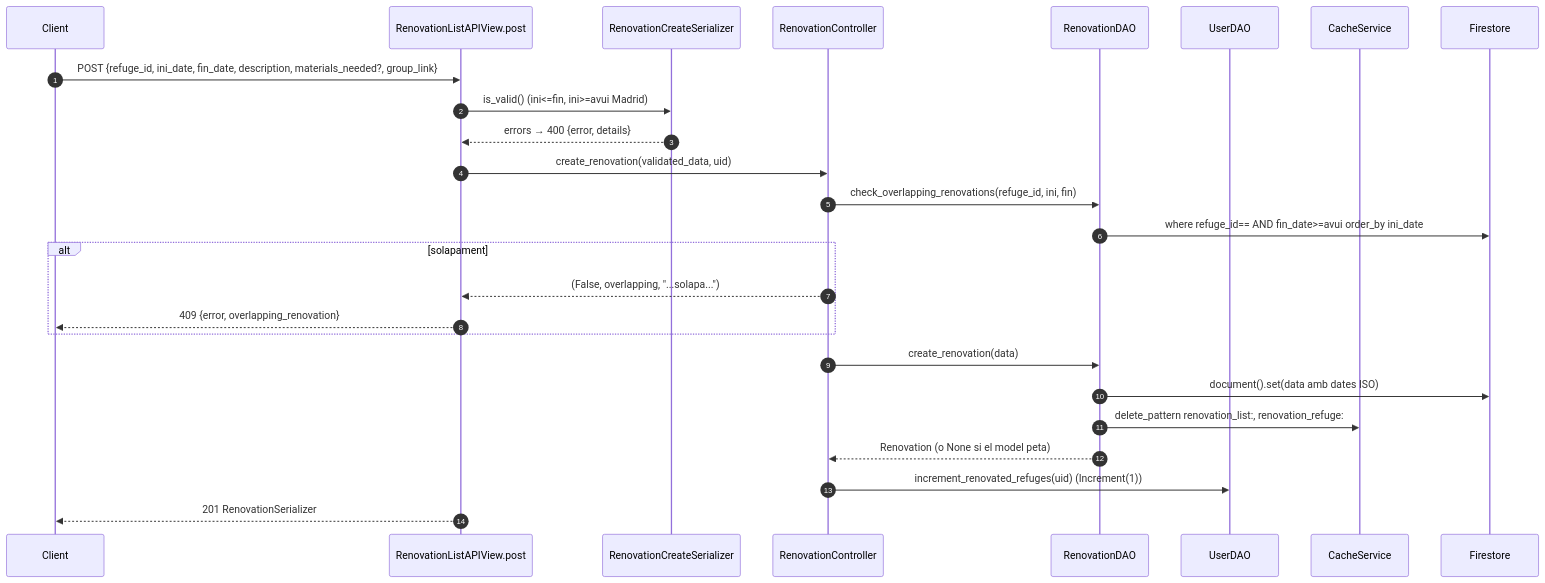
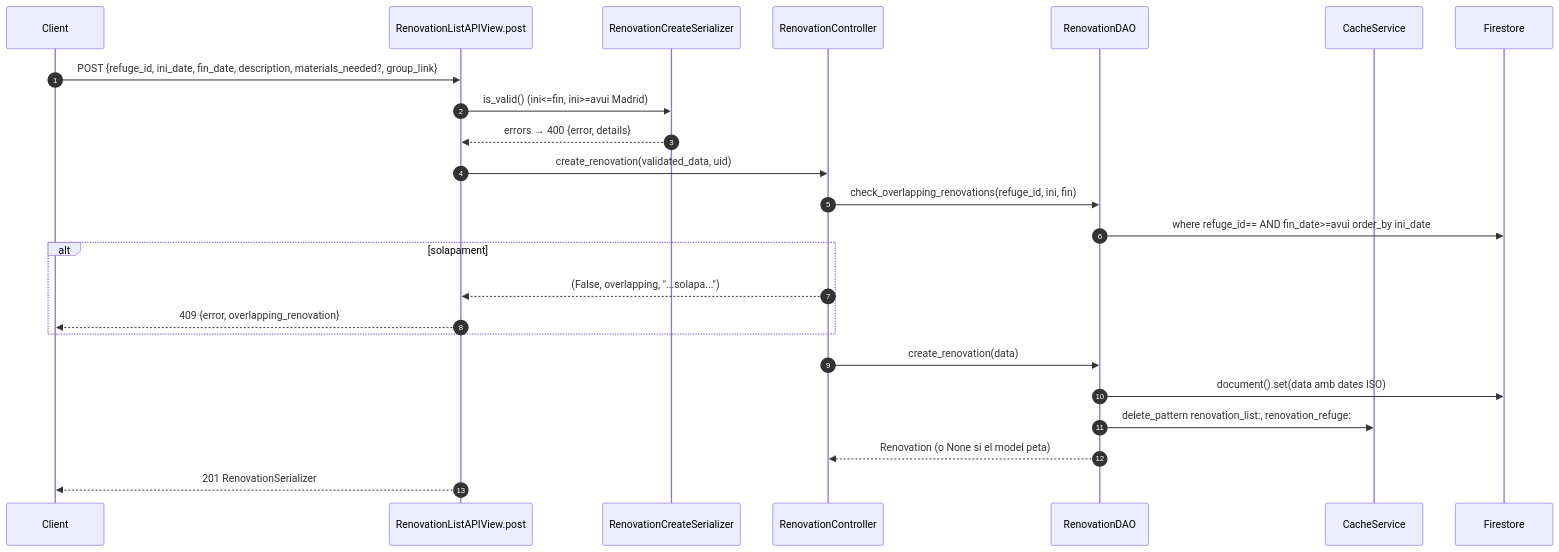
The first of 2 diagrams in docs/flows/07-renovations.md (jordirev/RefugisLliures_Backend), drawn with Mermaid before and after one commit. The commit also changed other lines of this file and 26 other files, not shown here.

````diff
--- a/docs/flows/07-renovations.md
+++ b/docs/flows/07-renovations.md
@@ -22,29 +22,27 @@
 ```mermaid
 sequenceDiagram
     autonumber
     participant C as Client
     participant V as RenovationListAPIView.post
     participant S as RenovationCreateSerializer
     participant RC as RenovationController
     participant RD as RenovationDAO
-    participant UD as UserDAO
     participant K as CacheService
     participant F as Firestore
 
     C->>V: POST {refuge_id, ini_date, fin_date, description, materials_needed?, group_link}
     V->>S: is_valid() (ini<=fin, ini>=avui Madrid)
     S-->>V: errors → 400 {error, details}
     V->>RC: create_renovation(validated_data, uid)
     RC->>RD: check_overlapping_renovations(refuge_id, ini, fin)
     RD->>F: where refuge_id== AND fin_date>=avui order_by ini_date
     alt solapament
         RC-->>V: (False, overlapping, "...solapa...")
         V-->>C: 409 {error, overlapping_renovation}
     end
     RC->>RD: create_renovation(data)
     RD->>F: document().set(data amb dates ISO)
     RD->>K: delete_pattern renovation_list:, renovation_refuge:
     RD-->>RC: Renovation (o None si el model peta)
-    RC->>UD: increment_renovated_refuges(uid) (Increment(1))
     V-->>C: 201 RenovationSerializer
 ```
````
